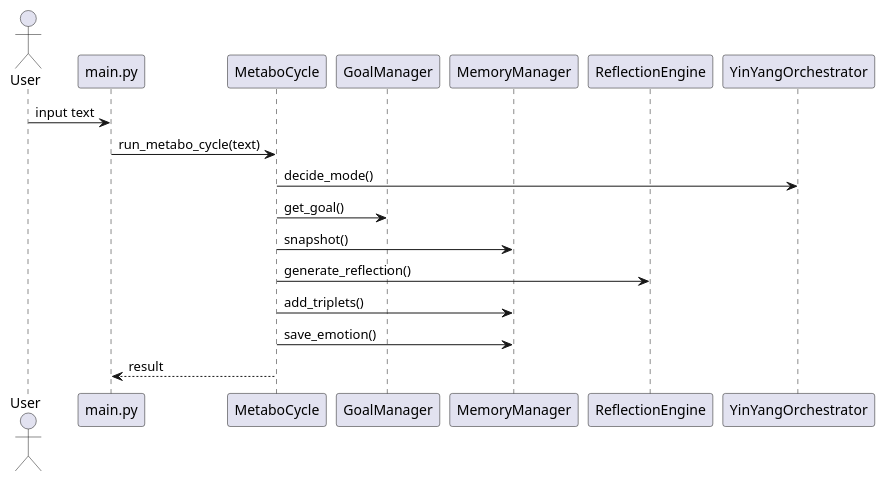
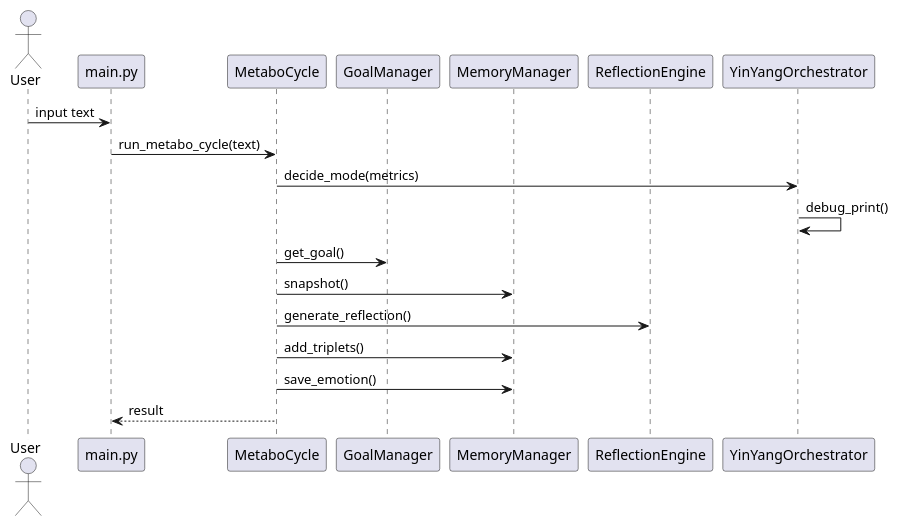
One commit to marcusreimold/MetaboMind changed the diagram in doc/diagrams/sequence_diagram.puml. Above: the diagram before and after it, drawn with PlantUML. The commit also changed 6 other files, not shown here.

Commit message:
Enhance yin-yang decision logic

```diff
--- a/doc/diagrams/sequence_diagram.puml
+++ b/doc/diagrams/sequence_diagram.puml
@@ -1,18 +1,19 @@
 @startuml
 actor User
 participant "main.py" as Main
 participant MetaboCycle
 participant GoalManager
 participant MemoryManager
 participant ReflectionEngine
 participant YinYangOrchestrator
 User -> Main: input text
 Main -> MetaboCycle: run_metabo_cycle(text)
-MetaboCycle -> YinYangOrchestrator: decide_mode()
+MetaboCycle -> YinYangOrchestrator: decide_mode(metrics)
+YinYangOrchestrator -> YinYangOrchestrator: debug_print()
 MetaboCycle -> GoalManager: get_goal()
 MetaboCycle -> MemoryManager: snapshot()
 MetaboCycle -> ReflectionEngine: generate_reflection()
 MetaboCycle -> MemoryManager: add_triplets()
 MetaboCycle -> MemoryManager: save_emotion()
 MetaboCycle --> Main: result
 @enduml
```
